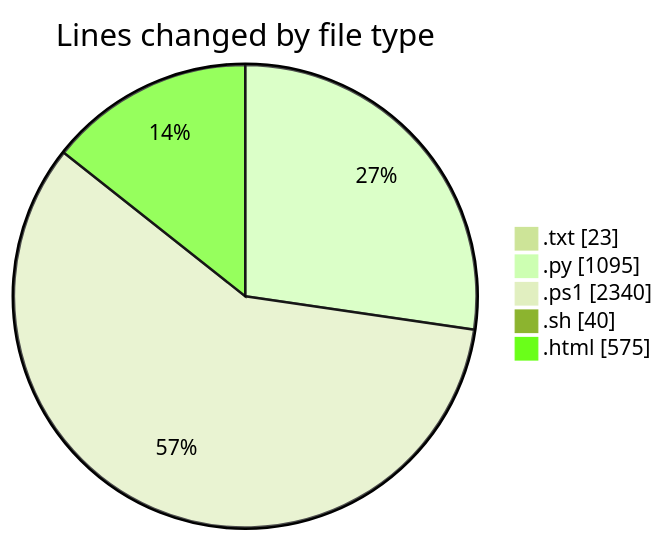
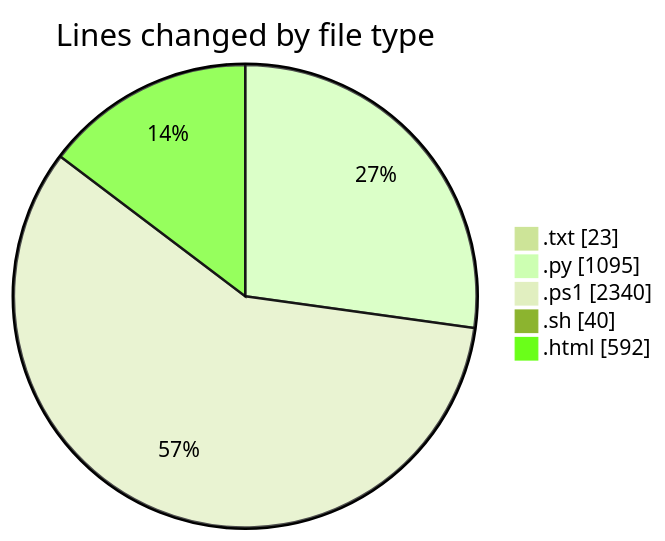
Before and after one commit to CELIANVF/code-tracking: the first of 2 diagrams in 2025-05-16/python_app_deploy/README.md, drawn with Mermaid (forest theme). The commit also changed other lines of this file and 1 other file, not shown here.

````diff
--- a/2025-05-16/python_app_deploy/README.md
+++ b/2025-05-16/python_app_deploy/README.md
@@ -41,9 +41,9 @@
 ```mermaid
 pie showData
 title Lines changed by file type
 ".txt" : 23
 ".py" : 1095
 ".ps1" : 2340
 ".sh" : 40
-".html" : 575
+".html" : 592
 ```
````
